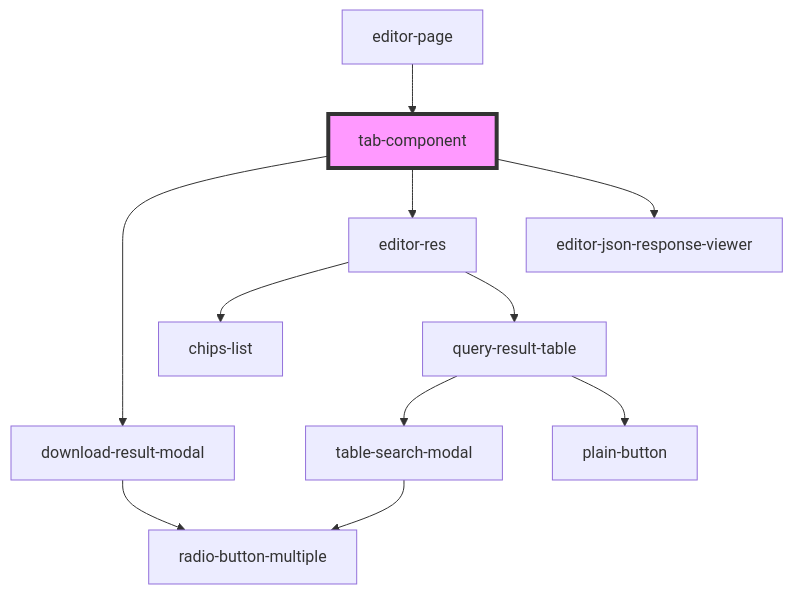
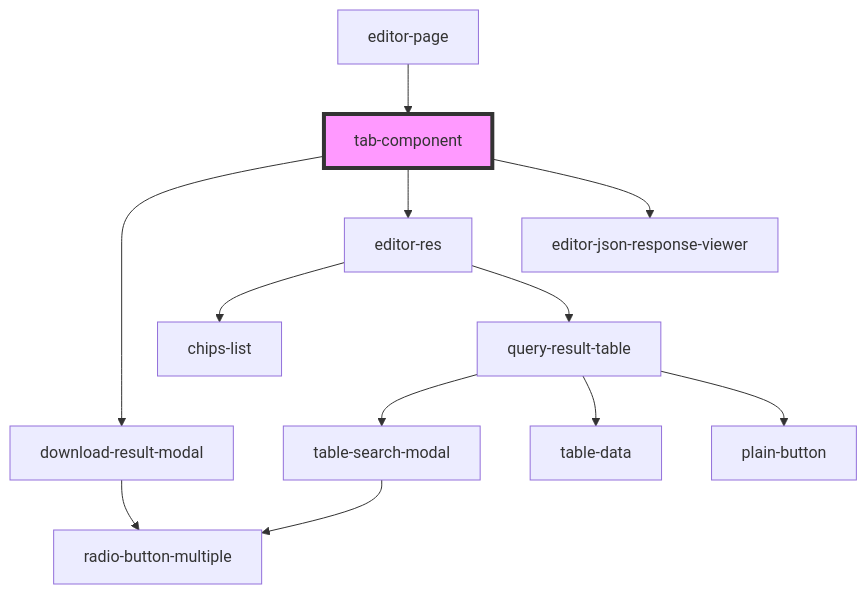
One commit to techvariable/NeptuneConnectComponents changed the diagram in src/components/editorPage/tab-component/readme.md. Above: the diagram before and after it, drawn with Mermaid. The commit also changed 9 other files, not shown here.

````diff
--- a/src/components/editorPage/tab-component/readme.md
+++ b/src/components/editorPage/tab-component/readme.md
@@ -21,14 +21,15 @@
 ```mermaid
 graph TD;
   tab-component --> download-result-modal
   tab-component --> editor-res
   tab-component --> editor-json-response-viewer
   download-result-modal --> radio-button-multiple
   editor-res --> chips-list
   editor-res --> query-result-table
   query-result-table --> table-search-modal
+  query-result-table --> table-data
   query-result-table --> plain-button
   table-search-modal --> radio-button-multiple
   editor-page --> tab-component
   style tab-component fill:#f9f,stroke:#333,stroke-width:4px
 ```
````
